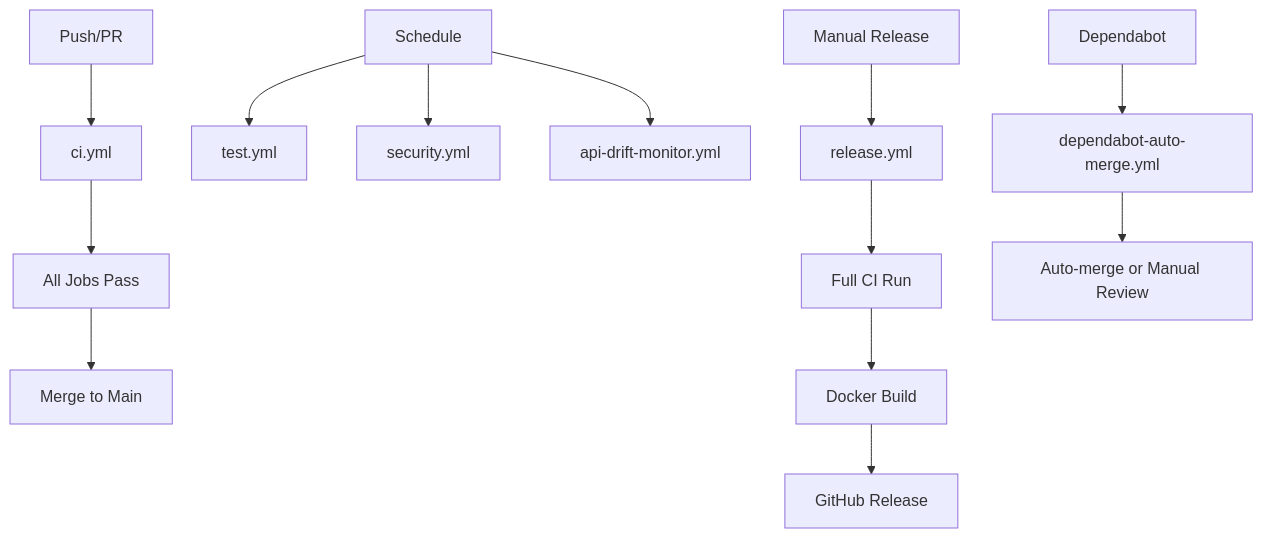
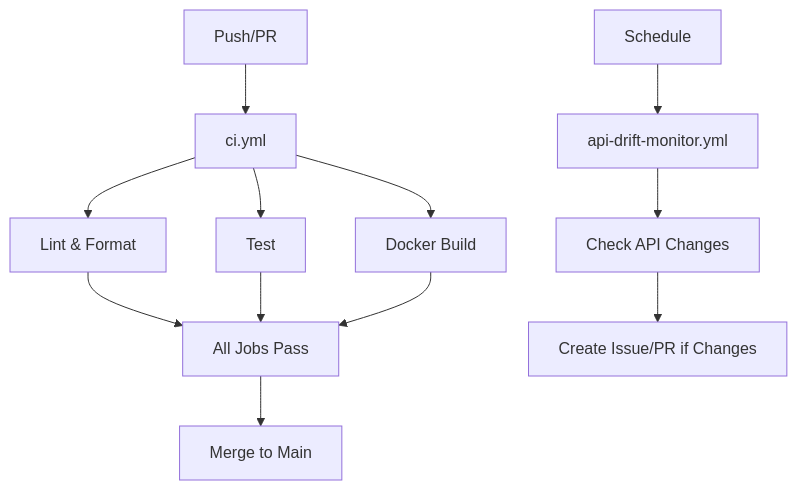
One commit to justifi-tech/mcp-server changed the diagram in .github/workflows/README.md. Above: the diagram before and after it, drawn with Mermaid. The commit also changed other lines of this file, not shown here.

````diff
--- a/.github/workflows/README.md
+++ b/.github/workflows/README.md
@@ -110,18 +44,15 @@
 ```mermaid
 graph TD
     A[Push/PR] --> B[ci.yml]
-    B --> C[All Jobs Pass]
-    C --> D[Merge to Main]
+    B --> C[Lint & Format]
+    B --> D[Test]
+    B --> E[Docker Build]
+    C --> F[All Jobs Pass]
+    D --> F
+    E --> F
+    F --> G[Merge to Main]
     
-    E[Schedule] --> F[test.yml]
-    E --> G[security.yml]
-    E --> H[api-drift-monitor.yml]
-    
-    I[Manual Release] --> J[release.yml]
-    J --> K[Full CI Run]
-    K --> L[Docker Build]
-    L --> M[GitHub Release]
-    
-    N[Dependabot] --> O[dependabot-auto-merge.yml]
-    O --> P[Auto-merge or Manual Review]
+    H[Schedule] --> I[api-drift-monitor.yml]
+    I --> J[Check API Changes]
+    J --> K[Create Issue/PR if Changes]
 ```
````
